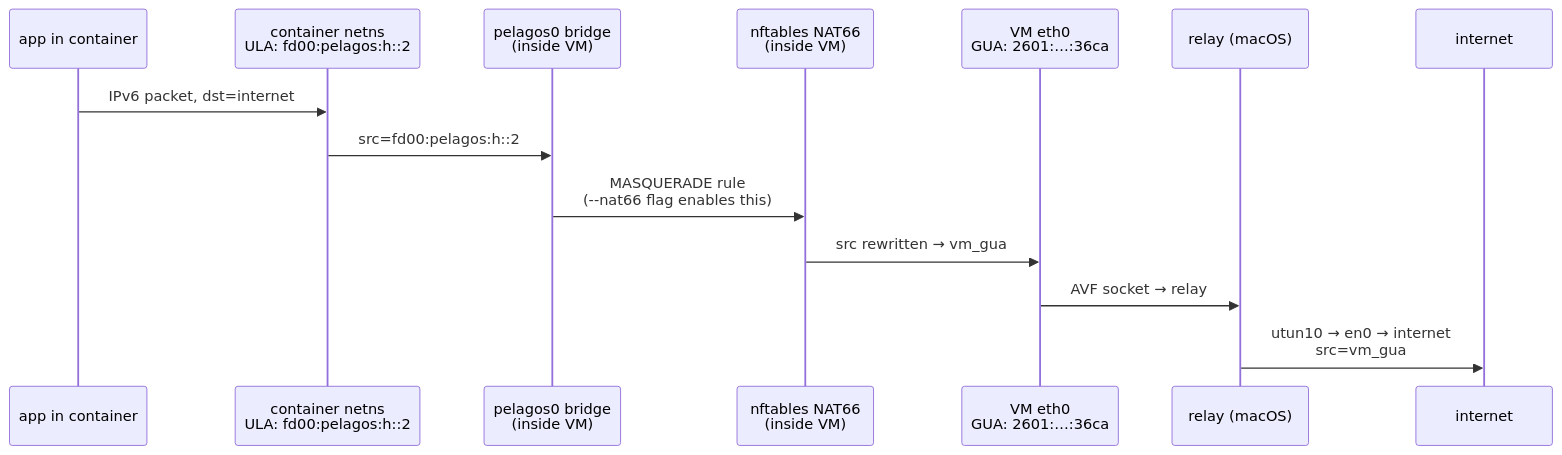
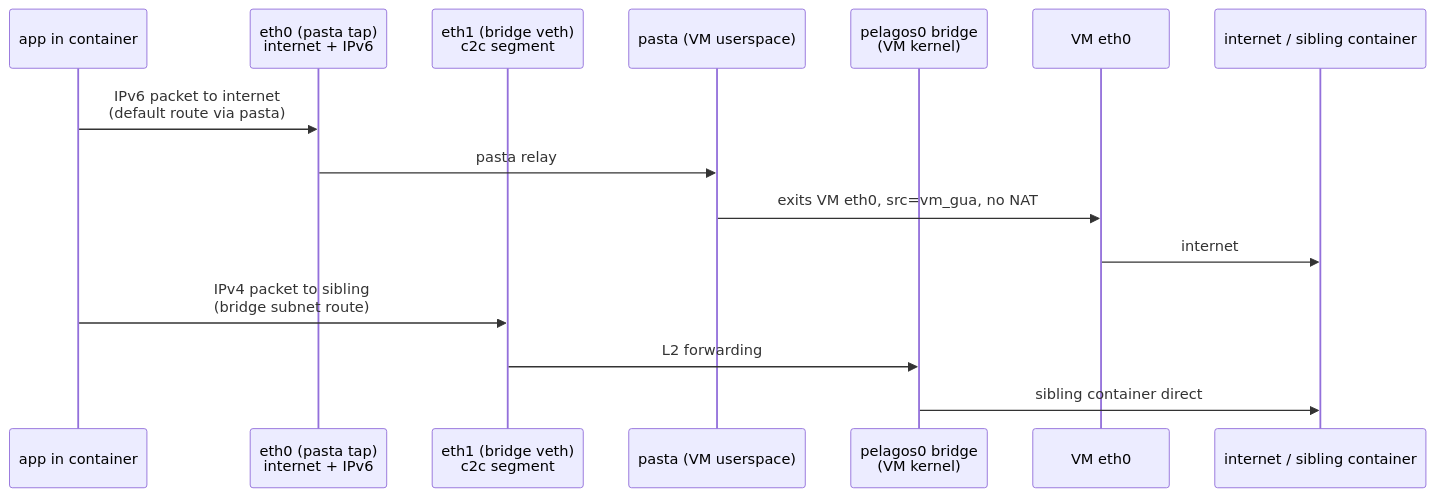
Before and after one commit to pelagos-containers/pelagos-mac: the fifth of 5 diagrams in docs/IPV6_NETWORKING.md, drawn with Mermaid. The commit also changed other lines of this file, not shown here.

First line of the commit message:
docs(ipv6): remove NAT66 from design; bridge is c2c-only, pasta covers the rest

````diff
--- a/docs/IPV6_NETWORKING.md
+++ b/docs/IPV6_NETWORKING.md
@@ -199,17 +197,19 @@
 ```mermaid
 sequenceDiagram
     participant APP as app in container
-    participant NS as container netns<br/>ULA: fd00:pelagos:h::2
-    participant BR as pelagos0 bridge<br/>(inside VM)
-    participant NFT as nftables NAT66<br/>(inside VM)
-    participant E as VM eth0<br/>GUA: 2601:…:36ca
-    participant R as relay (macOS)
-    participant I as internet
+    participant ETH0 as eth0 (pasta tap)<br/>internet + IPv6
+    participant ETH1 as eth1 (bridge veth)<br/>c2c segment
+    participant P as pasta (VM userspace)
+    participant BR as pelagos0 bridge<br/>(VM kernel)
+    participant E as VM eth0
+    participant I as internet / sibling container
 
-    APP->>NS: IPv6 packet, dst=internet
-    NS->>BR: src=fd00:pelagos:h::2
-    BR->>NFT: MASQUERADE rule<br/>(--nat66 flag enables this)
-    NFT->>E: src rewritten → vm_gua
-    E->>R: AVF socket → relay
-    R->>I: utun10 → en0 → internet<br/>src=vm_gua
+    APP->>ETH0: IPv6 packet to internet<br/>(default route via pasta)
+    ETH0->>P: pasta relay
+    P->>E: exits VM eth0, src=vm_gua, no NAT
+    E->>I: internet
+
+    APP->>ETH1: IPv4 packet to sibling<br/>(bridge subnet route)
+    ETH1->>BR: L2 forwarding
+    BR->>I: sibling container direct
 ```
````
